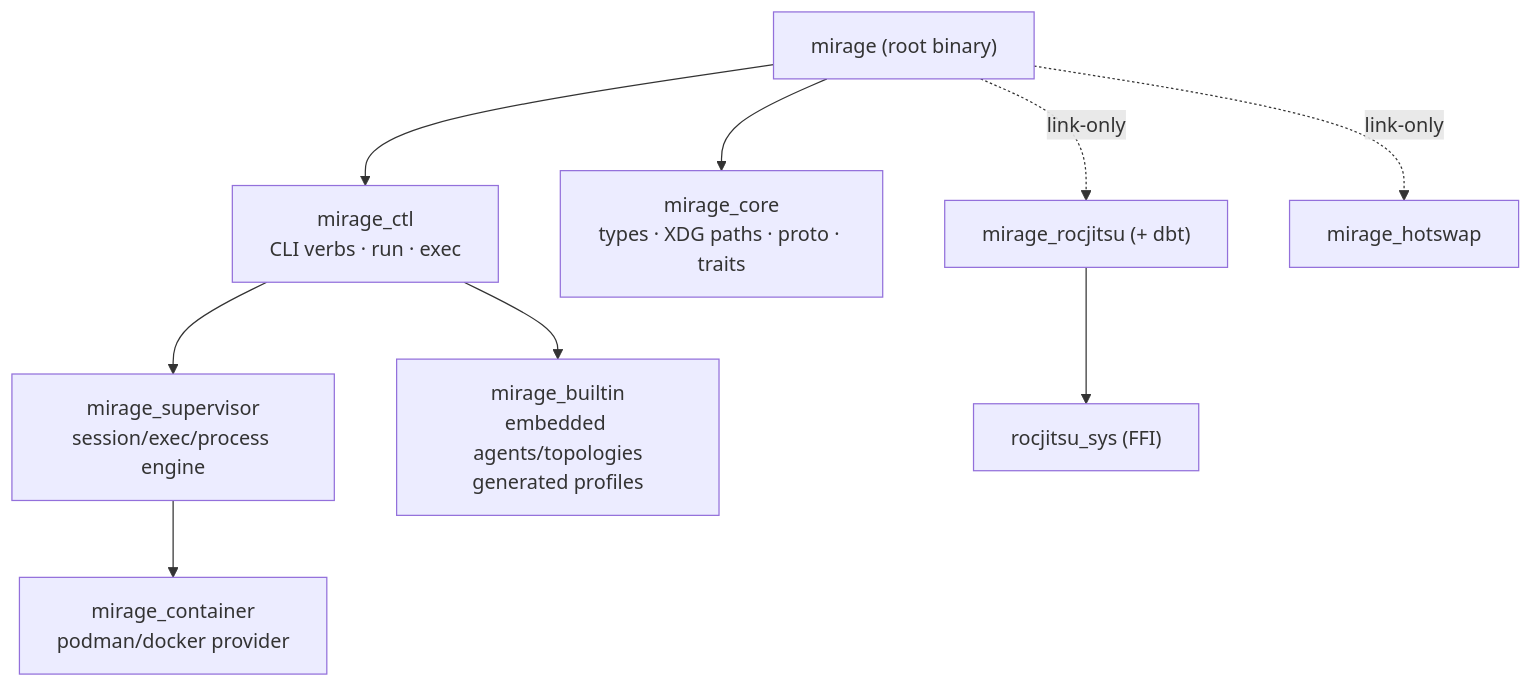
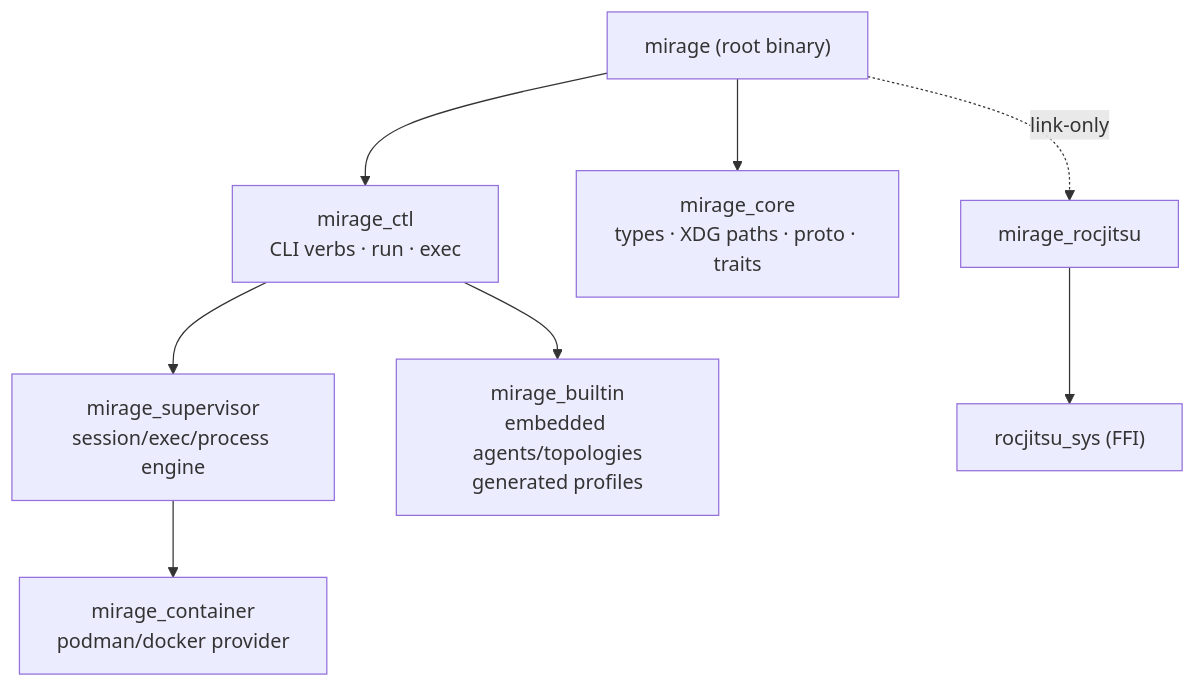
Before and after one commit to ROCm/rocm-systems: the fifth of 14 diagrams in emulation/mirage/docs/demo-debugging-at-scale.md, drawn with Mermaid. The commit also changed other lines of this file and 31 other files, not shown here.

Commit message:
mirage: remove HotSwap and DBT backends

````diff
--- a/emulation/mirage/docs/demo-debugging-at-scale.md
+++ b/emulation/mirage/docs/demo-debugging-at-scale.md
@@ -193,12 +191,11 @@
 ```mermaid
 flowchart TB
     root["mirage (root binary)"]
     root --> ctl["mirage_ctl<br/>CLI verbs · run · exec"]
     root --> core["mirage_core<br/>types · XDG paths · proto · traits"]
     ctl --> sup["mirage_supervisor<br/>session/exec/process engine"]
     ctl --> builtin["mirage_builtin<br/>embedded agents/topologies<br/>generated profiles"]
     sup --> cont["mirage_container<br/>podman/docker provider"]
-    root -.link-only.-> rj["mirage_rocjitsu (+ dbt)"]
-    root -.link-only.-> hot["mirage_hotswap"]
+    root -.link-only.-> rj["mirage_rocjitsu"]
     rj --> sys["rocjitsu_sys (FFI)"]
 ```
````
